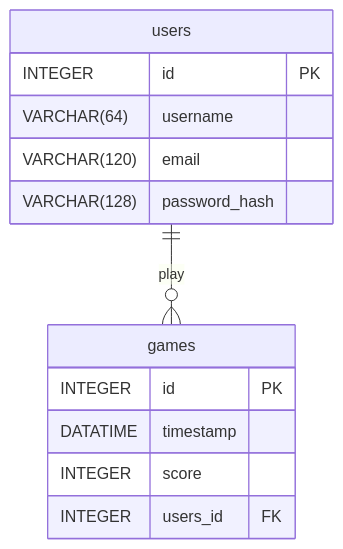
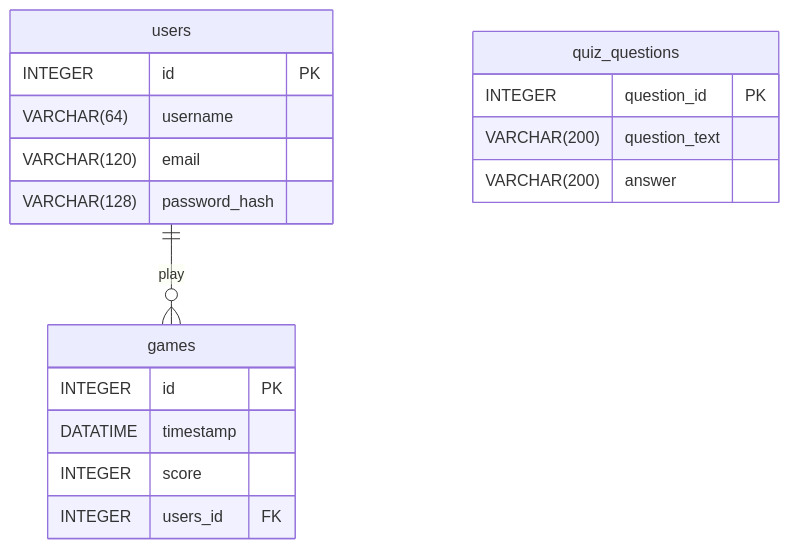
Before and after one commit to Ishi01/CITS5505Group41Project: the diagram in ER_diagram.md, drawn with Mermaid.

Commit message:
create quiz table

````diff
--- a/ER_diagram.md
+++ b/ER_diagram.md
@@ -2,19 +2,27 @@
 ```mermaid
 erDiagram
     users ||--o{ games : play
     users {
         INTEGER id PK
         VARCHAR(64) username
         VARCHAR(120) email
         VARCHAR(128) password_hash
         %% relation attribute games define in User class %%
         %% i am a comments %%
     }
     games {
         INTEGER id PK
         DATATIME timestamp
         INTEGER score
         INTEGER users_id FK
         %%  relation attribute: player %%
     }
+
+    quiz_questions {
+        INTEGER question_id PK
+        VARCHAR(200) question_text
+        VARCHAR(200) answer
+
+        %%  relation attribute: player %%
+    }
 ```
````
